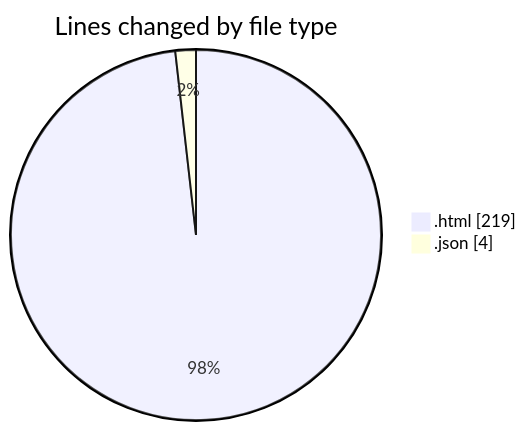
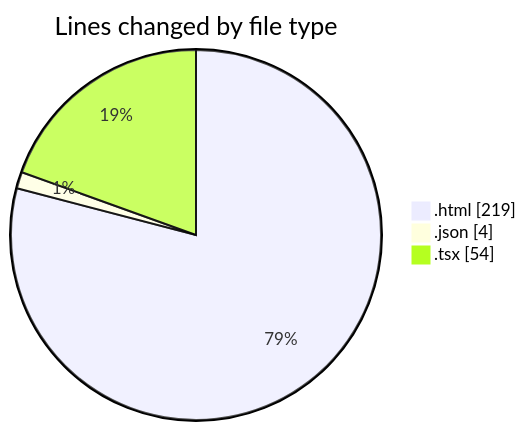
One commit to Ritupan-Deka/code-tracking changed the first of 2 diagrams in 2025-06-25/scopecraft/README.md. Above: the diagram before and after it, drawn with Mermaid. The commit also changed other lines of this file and 1 other file, not shown here.

````diff
--- a/2025-06-25/scopecraft/README.md
+++ b/2025-06-25/scopecraft/README.md
@@ -21,6 +22,7 @@
 ```mermaid
 pie showData
 title Lines changed by file type
 ".html" : 219
 ".json" : 4
+".tsx" : 54
 ```
````
